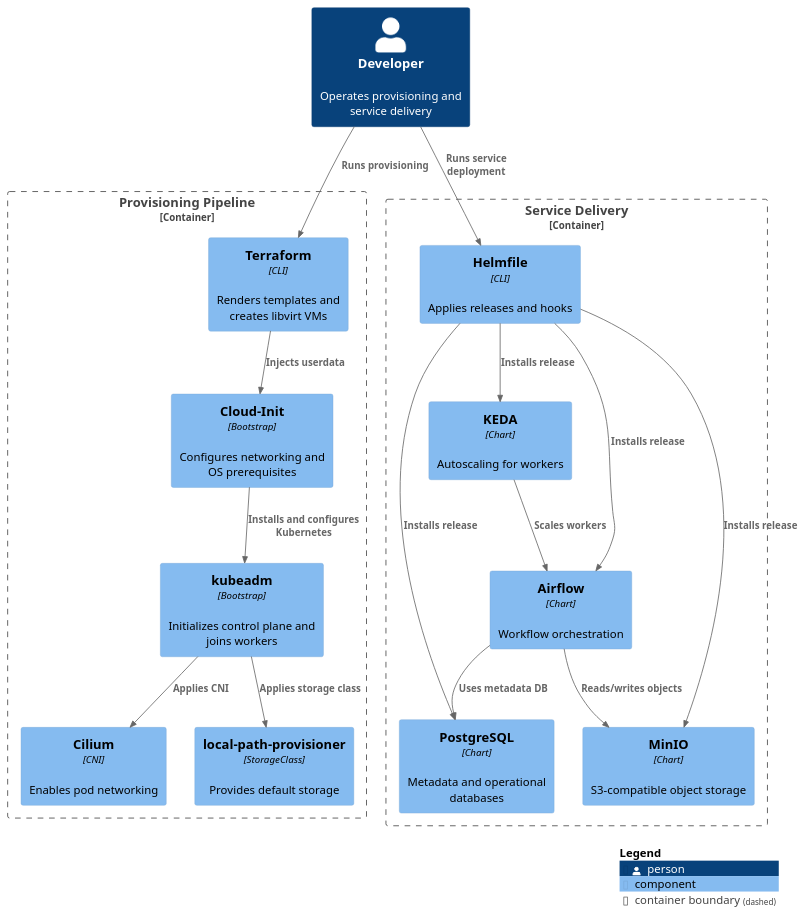
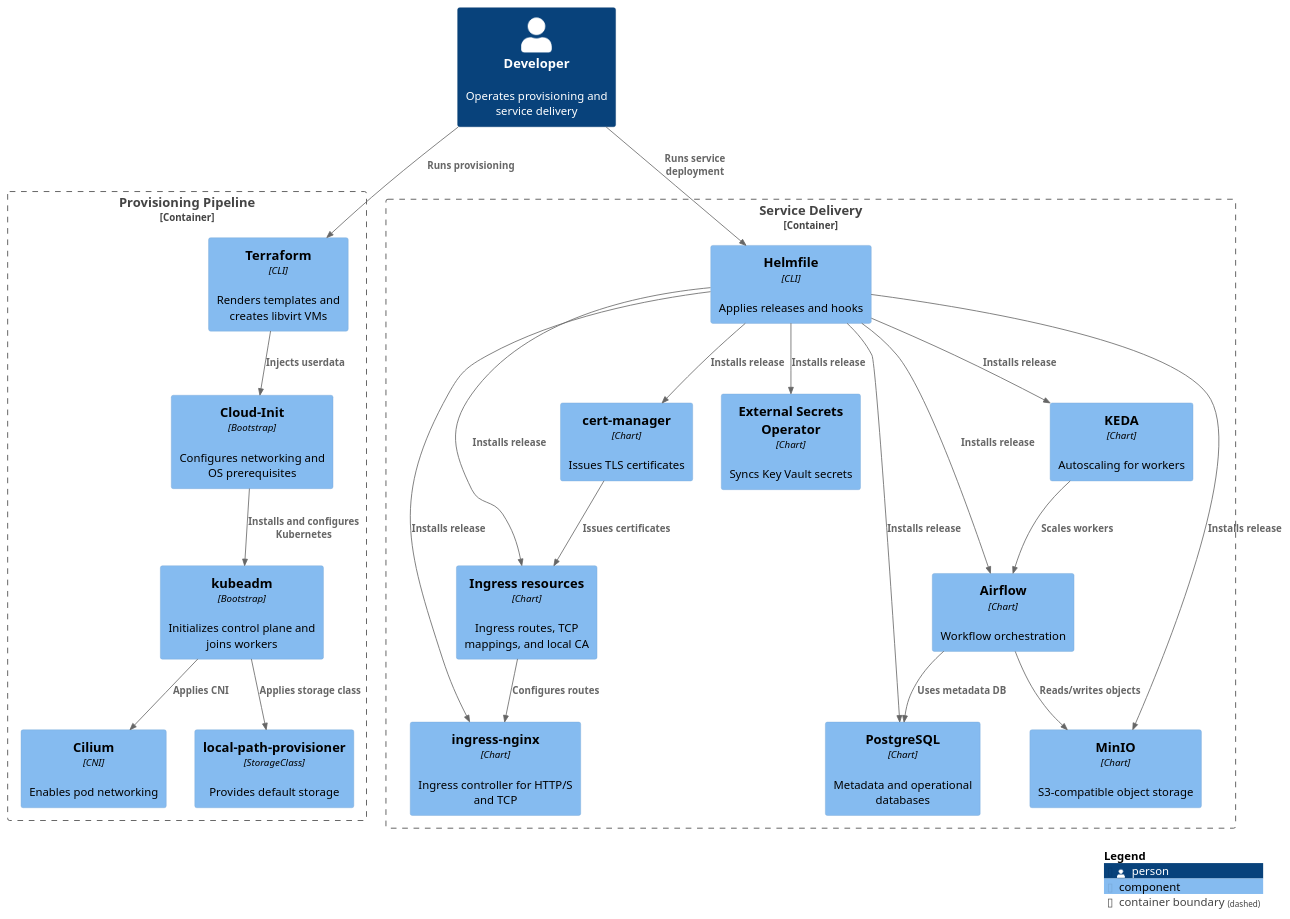
Before and after one commit to AntonMiniazev/bohr_project: the diagram in docs/diagrams/workflow.puml, drawn with PlantUML. The commit also changed 29 other files, not shown here.

```diff
--- a/docs/diagrams/workflow.puml
+++ b/docs/diagrams/workflow.puml
@@ -1,39 +1,49 @@
 @startuml Workflow
 !includeurl https://raw.githubusercontent.com/plantuml-stdlib/C4-PlantUML/master/C4_Component.puml
 LAYOUT_WITH_LEGEND()
 HIDE_STEREOTYPE()
 
 Person(dev, "Developer", "Operates provisioning and service delivery")
 
 Container_Boundary(provisioning, "Provisioning Pipeline") {
     Component(terraform, "Terraform", "CLI", "Renders templates and creates libvirt VMs")
     Component(cloudinit, "Cloud-Init", "Bootstrap", "Configures networking and OS prerequisites")
     Component(kubeadm, "kubeadm", "Bootstrap", "Initializes control plane and joins workers")
     Component(cilium, "Cilium", "CNI", "Enables pod networking")
     Component(localpath, "local-path-provisioner", "StorageClass", "Provides default storage")
 }
 
 Container_Boundary(services, "Service Delivery") {
     Component(helmfile, "Helmfile", "CLI", "Applies releases and hooks")
+    Component(certmanager, "cert-manager", "Chart", "Issues TLS certificates")
+    Component(ingress, "ingress-nginx", "Chart", "Ingress controller for HTTP/S and TCP")
+    Component(ingressResources, "Ingress resources", "Chart", "Ingress routes, TCP mappings, and local CA")
+    Component(externalSecrets, "External Secrets Operator", "Chart", "Syncs Key Vault secrets")
     Component(postgres, "PostgreSQL", "Chart", "Metadata and operational databases")
     Component(minio, "MinIO", "Chart", "S3-compatible object storage")
     Component(airflow, "Airflow", "Chart", "Workflow orchestration")
     Component(keda, "KEDA", "Chart", "Autoscaling for workers")
 }
 
 Rel(dev, terraform, "Runs provisioning")
 Rel(terraform, cloudinit, "Injects userdata")
 Rel(cloudinit, kubeadm, "Installs and configures Kubernetes")
 Rel(kubeadm, cilium, "Applies CNI")
 Rel(kubeadm, localpath, "Applies storage class")
 Rel(dev, helmfile, "Runs service deployment")
+Rel(helmfile, certmanager, "Installs release")
+Rel(helmfile, ingress, "Installs release")
+Rel(helmfile, ingressResources, "Installs release")
+Rel(helmfile, externalSecrets, "Installs release")
 Rel(helmfile, postgres, "Installs release")
 Rel(helmfile, minio, "Installs release")
 Rel(helmfile, keda, "Installs release")
 Rel(helmfile, airflow, "Installs release")
+Rel(certmanager, ingressResources, "Issues certificates")
+Rel(ingressResources, ingress, "Configures routes")
 Rel(airflow, postgres, "Uses metadata DB")
 Rel(airflow, minio, "Reads/writes objects")
 Rel(keda, airflow, "Scales workers")
 
 SHOW_LEGEND()
 @enduml
```
